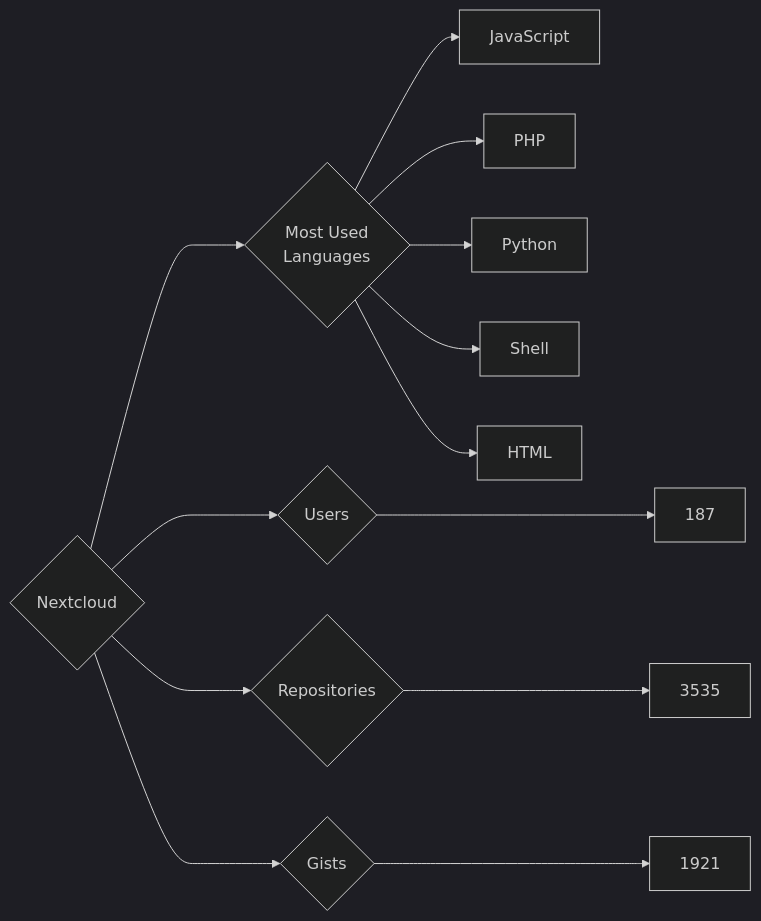
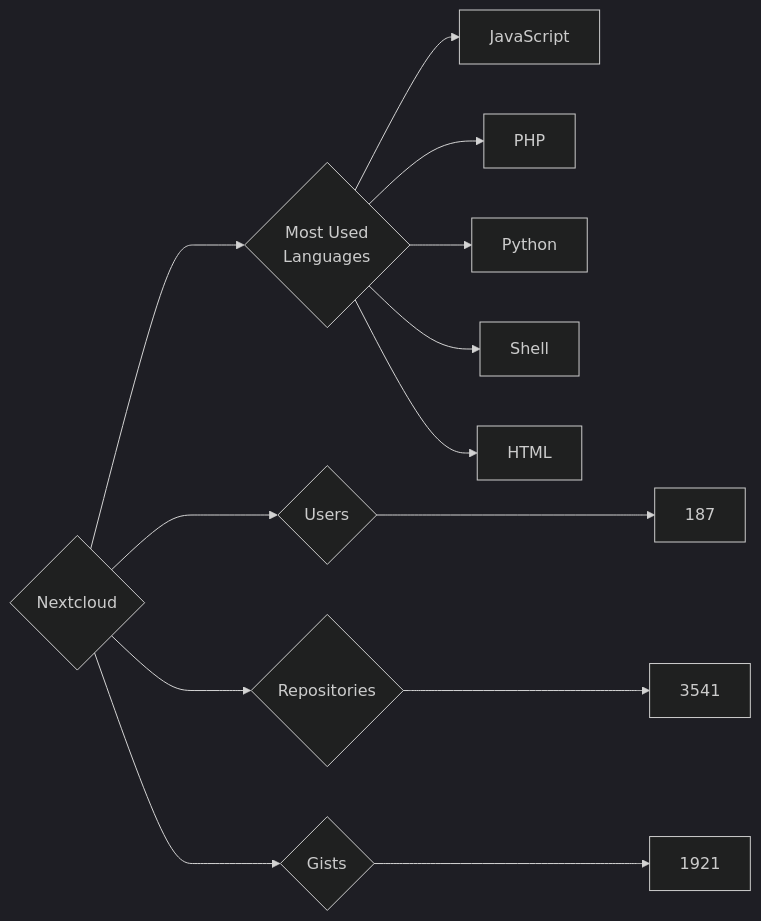
One commit to trickest/insiders changed the diagram in targets/Nextcloud/README.md. Above: the diagram before and after it, drawn with Mermaid (dark theme). The commit also changed 815 other files, not shown here.

````diff
--- a/targets/Nextcloud/README.md
+++ b/targets/Nextcloud/README.md
@@ -3,13 +3,13 @@
 ```mermaid
 graph LR
 COMPANY_NAME{Nextcloud}
 COMPANY_NAME ---> U{Users} ---> UN[187]
-COMPANY_NAME ---> R{Repositories} ---> RN[3535]
+COMPANY_NAME ---> R{Repositories} ---> RN[3541]
 COMPANY_NAME ---> G{Gists} ---> GN[1921]
 COMPANY_NAME ---> ML{Most Used<br>Languages}
 ML --> JavaScript[JavaScript]
 ML --> PHP[PHP]
 ML --> Python[Python]
 ML --> Shell[Shell]
 ML --> HTML[HTML]
 ```
````
